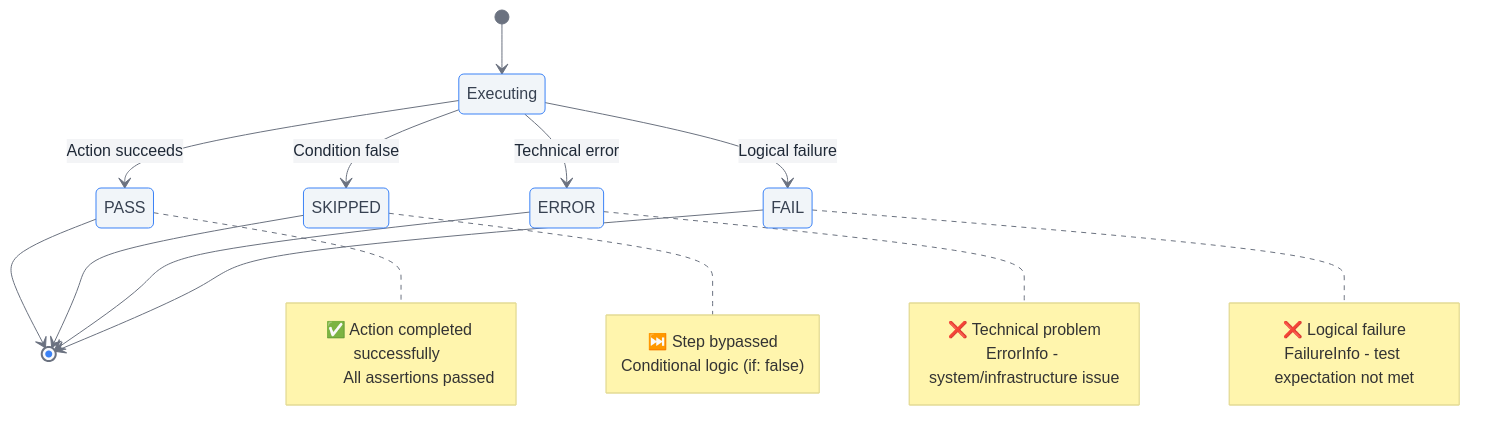
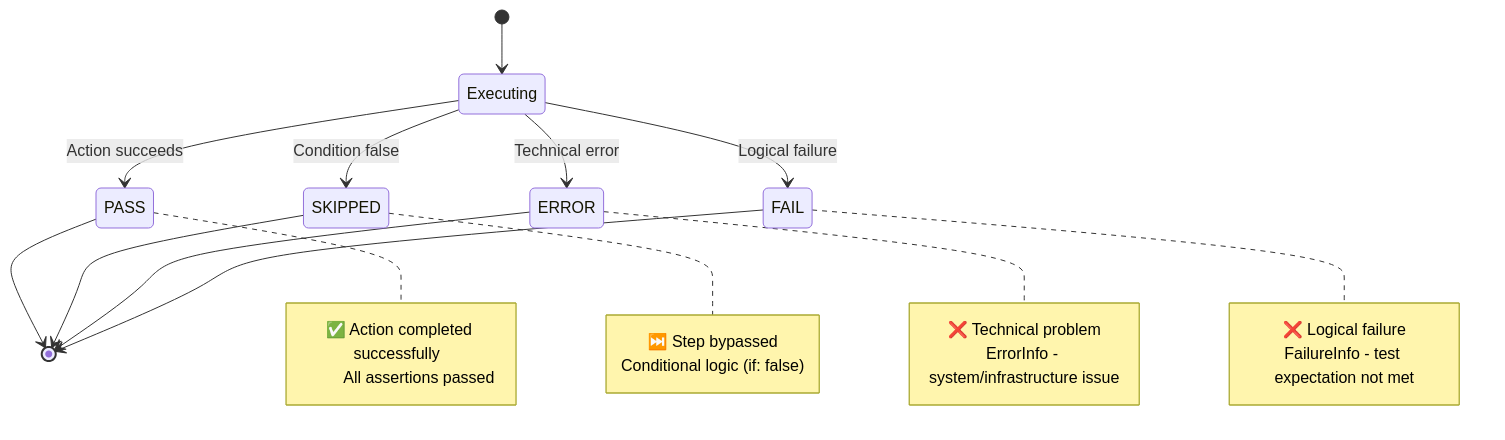
One commit to JianLoong/robogo changed the third of 3 diagrams in docs/error-failure-states-diagram.md. Above: the diagram before and after it, drawn with Mermaid. The commit also changed other lines of this file and 70 other files, not shown here.

````diff
--- a/docs/error-failure-states-diagram.md
+++ b/docs/error-failure-states-diagram.md
@@ -112,55 +68,34 @@
 ```mermaid
-%%{init: {
-  'theme': 'base',
-  'themeVariables': {
-    'primaryColor': '#2563eb',
-    'primaryTextColor': '#1f2937',
-    'primaryBorderColor': '#3b82f6',
-    'lineColor': '#6b7280',
-    'secondaryColor': '#f3f4f6',
-    'tertiaryColor': '#e5e7eb',
-    'background': '#ffffff',
-    'mainBkg': '#f9fafb',
-    'secondBkg': '#f3f4f6',
-    'tertiaryBkg': '#e5e7eb',
-    'stateBkg': '#f1f5f9',
-    'stateLabelColor': '#374151',
-    'cScale0': '#dcfce7',
-    'cScale1': '#fef3c7',
-    'cScale2': '#fecaca',
-    'cScale3': '#fed7aa'
-  }
-}}%%
 stateDiagram-v2
     [*] --> Executing
     
     Executing --> PASS : Action succeeds
     Executing --> SKIPPED : Condition false
     Executing --> ERROR : Technical error
     Executing --> FAIL : Logical failure
     
     PASS --> [*]
     SKIPPED --> [*] 
     ERROR --> [*]
     FAIL --> [*]
     
     note right of PASS
         ✅ Action completed successfully  
         All assertions passed
     end note
     
     note right of SKIPPED
         ⏭️ Step bypassed
         Conditional logic (if: false)
     end note
     
     note right of ERROR
         ❌ Technical problem
         ErrorInfo - system/infrastructure issue
     end note
     
     note right of FAIL
         ❌ Logical failure
         FailureInfo - test expectation not met
     end note
 ```
````
